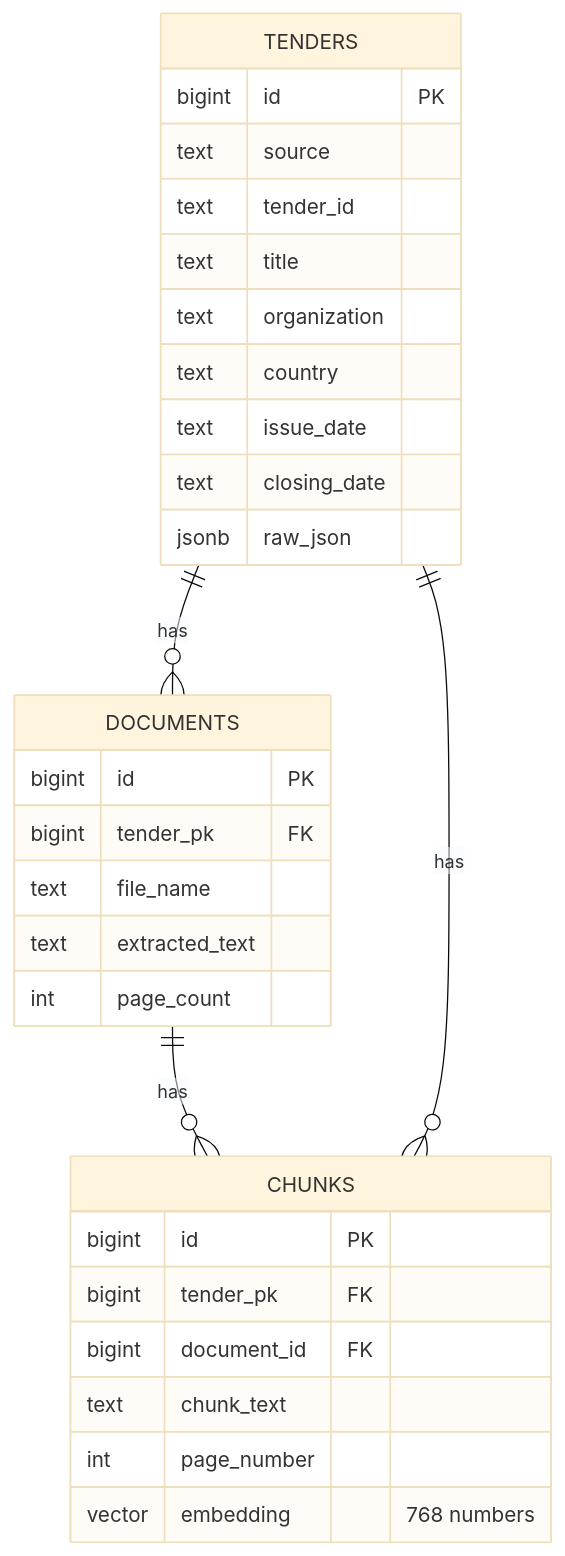
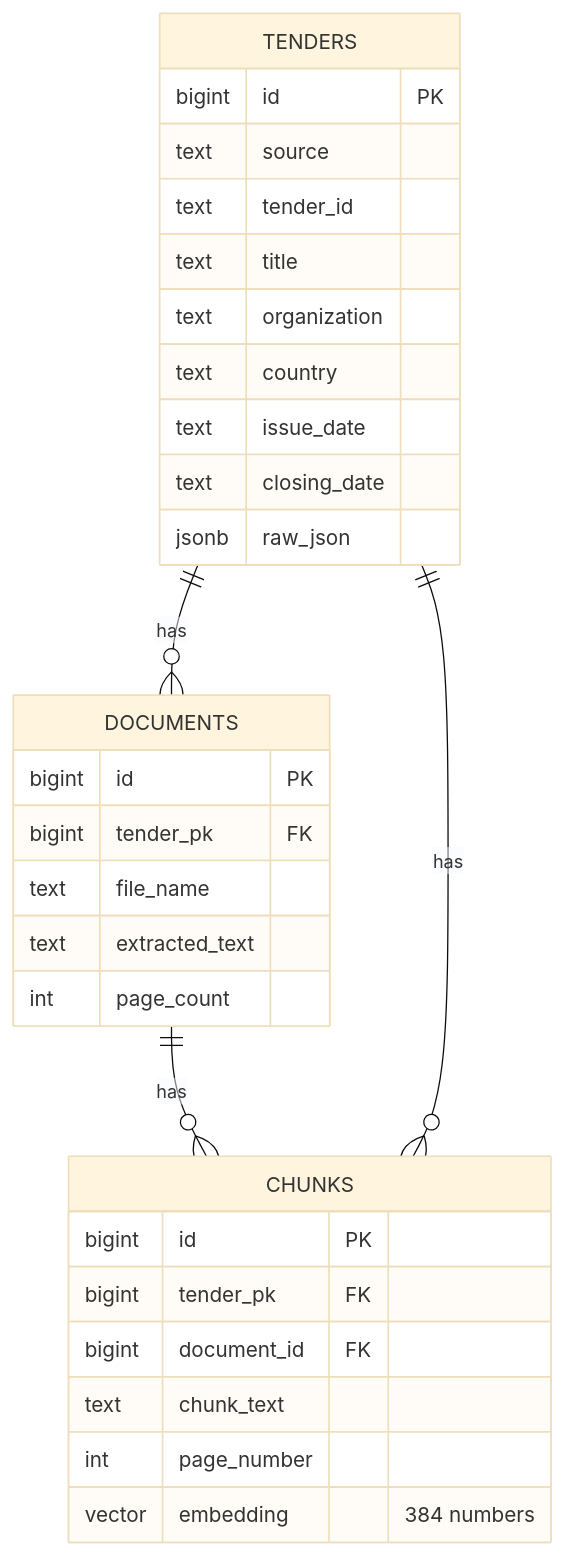
One commit to j4rv1ss/tender-rag-mcp changed the second of 6 diagrams in docs/architecture.md. Above: the diagram before and after it, drawn with Mermaid (base theme). The commit also changed other lines of this file and 1 other file, not shown here.

Commit message:
docs: update README + architecture for in-process fastembed (384-dim), top_k 8, 3-tier Groq chat, synonym/antonym + formatting, and the free Render/Neon deploy

````diff
--- a/docs/architecture.md
+++ b/docs/architecture.md
@@ -63,32 +65,32 @@
 ```mermaid
 erDiagram
   TENDERS ||--o{ DOCUMENTS : has
   DOCUMENTS ||--o{ CHUNKS : has
   TENDERS ||--o{ CHUNKS : has
   TENDERS {
     bigint id PK
     text source
     text tender_id
     text title
     text organization
     text country
     text issue_date
     text closing_date
     jsonb raw_json
   }
   DOCUMENTS {
     bigint id PK
     bigint tender_pk FK
     text file_name
     text extracted_text
     int page_count
   }
   CHUNKS {
     bigint id PK
     bigint tender_pk FK
     bigint document_id FK
     text chunk_text
     int page_number
-    vector embedding "768 numbers"
+    vector embedding "384 numbers"
   }
 ```
````
